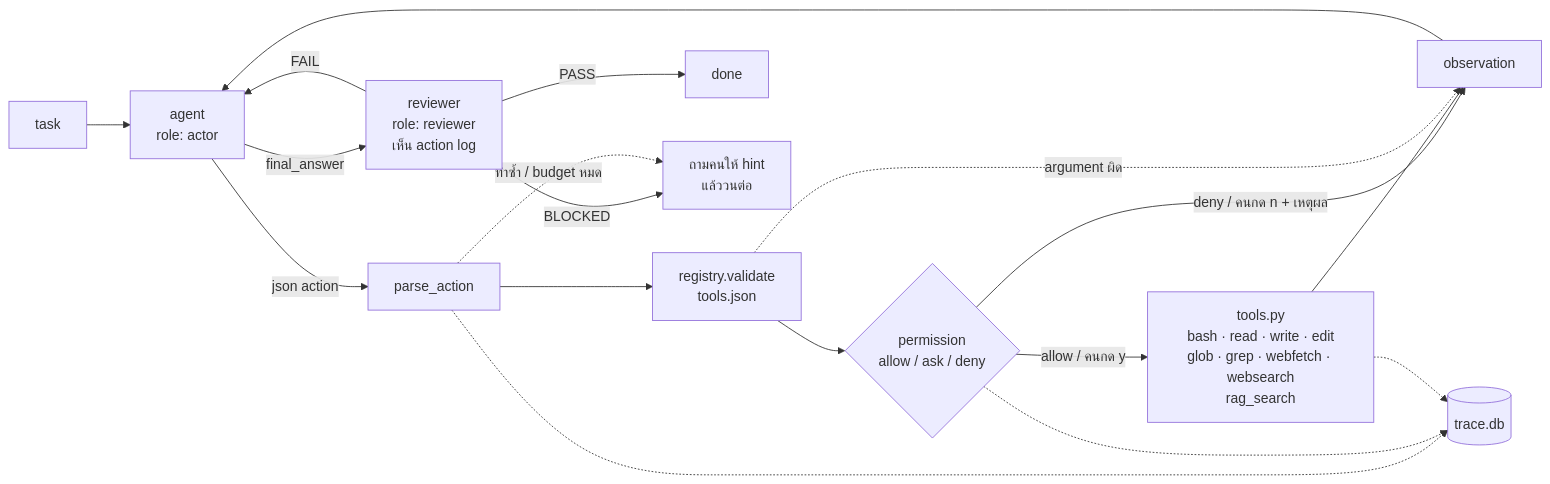
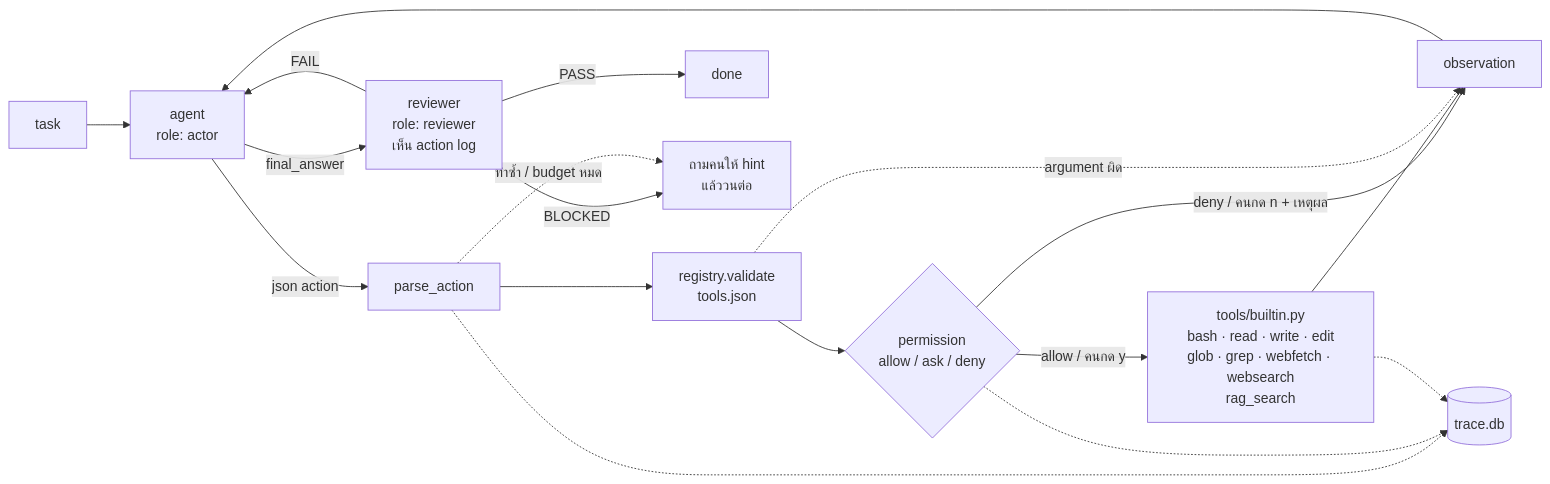
Before and after one commit to NithichoteC/mini-agent: the diagram in README.md, drawn with Mermaid. The commit also changed other lines of this file and 126 other files, not shown here.

First line of the commit message:
layout: move to the AI-Blue architecture

````diff
--- a/README.md
+++ b/README.md
@@ -13,18 +13,18 @@
 ```mermaid
 flowchart LR
     T[task] --> M[agent<br/>role: actor]
     M -->|json action| P[parse_action]
     P --> V[registry.validate<br/>tools.json]
     V --> G{permission<br/>allow / ask / deny}
-    G -->|allow / คนกด y| X[tools.py<br/>bash · read · write · edit<br/>glob · grep · webfetch · websearch<br/>rag_search]
+    G -->|allow / คนกด y| X[tools/builtin.py<br/>bash · read · write · edit<br/>glob · grep · webfetch · websearch<br/>rag_search]
     G -->|deny / คนกด n + เหตุผล| O
     X --> O[observation]
     O --> M
     V -.->|argument ผิด| O
     P & G & X -.-> TR[(trace.db)]
     M -->|final_answer| R[reviewer<br/>role: reviewer<br/>เห็น action log]
     R -->|PASS| D[done]
     R -->|FAIL| M
     R -->|BLOCKED| H[ถามคนให้ hint<br/>แล้ววนต่อ]
     P -.->|ทำซ้ำ / budget หมด| H
 ```
````
